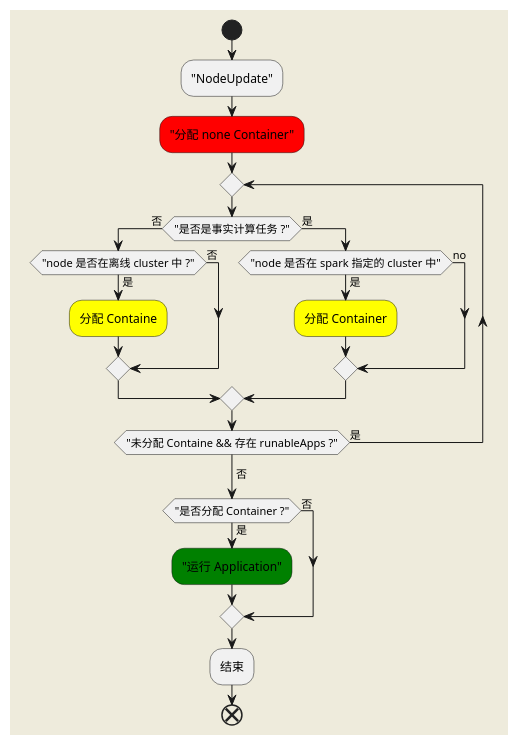
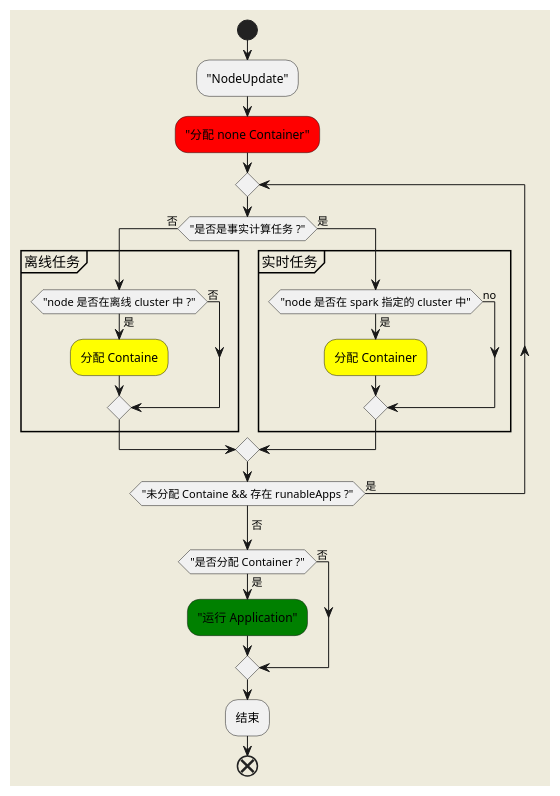
One commit to coldvmoon/coldvmoon.github.io changed the second of 2 diagrams in org/2017-03-27-knowledge-of-yarn.org. Above: the diagram before and after it, drawn with PlantUML. The commit also changed other lines of this file and 12 other files, not shown here.

```diff
--- a/org/2017-03-27-knowledge-of-yarn.org
+++ b/org/2017-03-27-knowledge-of-yarn.org
@@ -73,26 +109,30 @@
-   #+BEGIN_SRC  plantuml :file ../images/yarn-insulate-with-streaming-and-mapreduce.png :cmdline -charset UTF-8
+  #+BEGIN_SRC  plantuml :file ../images/yarn-insulate-with-streaming-and-mapreduce.png :cmdline -charset UTF-8
   skinparam backgroundColor #EEEBDC
 start
 :"NodeUpdate";
 #red:"分配 none Container";
 repeat
-    if ("是否是事实计算任务 ?") then (否)
+if ("是否是事实计算任务 ?") then (否)
+     partition "离线任务" {
          if ("node 是否在离线 cluster 中 ?") then (是)
             #yellow:分配 Containe;
         else (否)
         endif 
+     }
     else (是)
+     partition "实时任务" {
         if ("node 是否在 spark 指定的 cluster 中") then (是)
            #yellow:分配 Container;
         else (no)
         endif
+     }
     endif
 repeat while ("未分配 Containe && 存在 runableApps ?") is (是)
 ->否;
 if ("是否分配 Container ?") then (是)
 #green:"运行 Application";
 else (否)
 endif
 :结束;
 end
-   #+END_SRC
+  #+END_SRC
```
